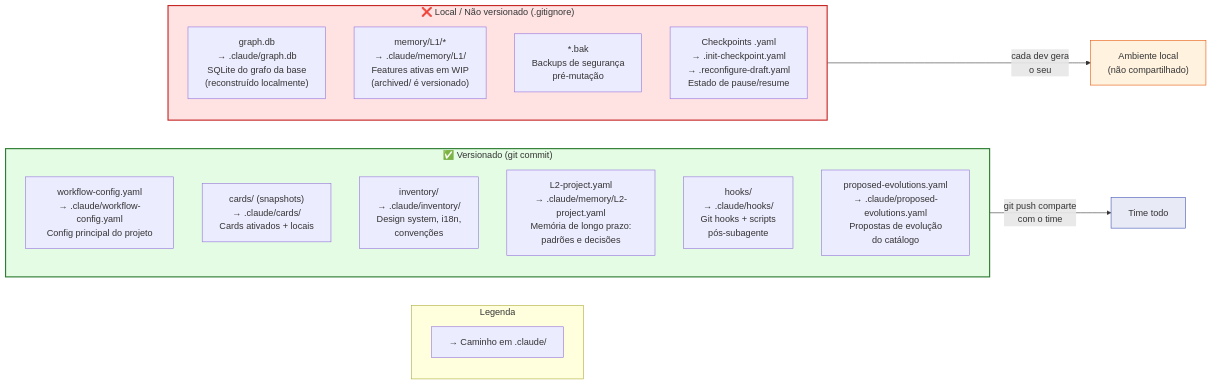
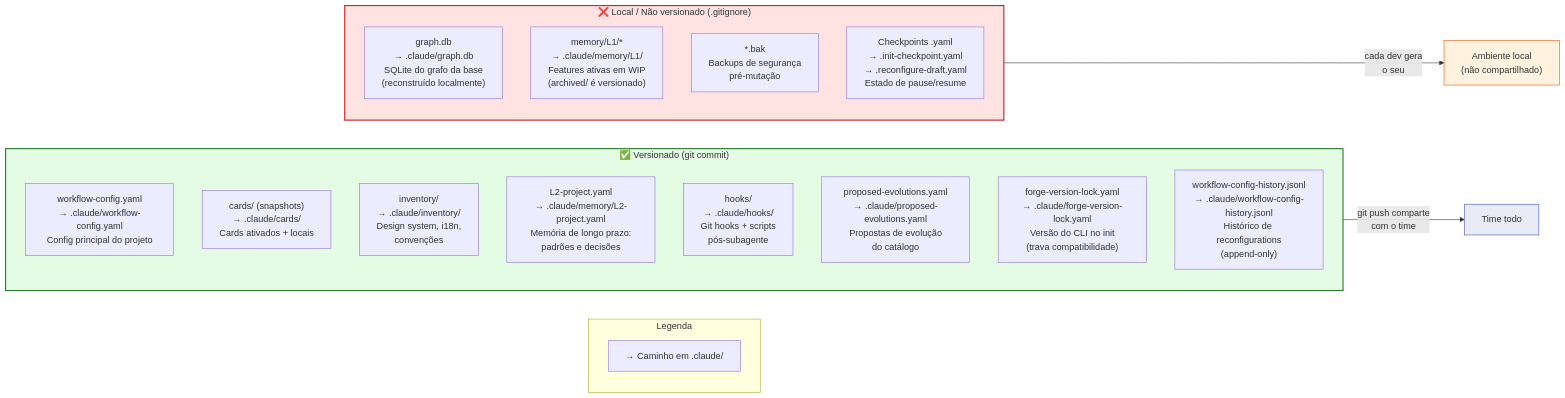
One commit to thgMatajs/feature-forge changed the diagram in docs/diagrams/files-versioned-vs-local.mermaid. Above: the diagram before and after it, drawn with Mermaid. The commit also changed 2 other files, not shown here.

Commit message:
fix(docs/diagrams): corrigir paths L2, stats doctor/verify e files faltantes
- bootstrap-flow: memory/L2-project.yaml (prefixo memory/ faltava em 2 nós)
- command-decision-tree: forge doctor 12→14 categorias; forge verify 15→20 validadores
- files-versioned-vs-local: adicionar forge-version-lock.yaml e workflow-config-history.jsonl

```diff
--- a/docs/diagrams/files-versioned-vs-local.mermaid
+++ b/docs/diagrams/files-versioned-vs-local.mermaid
@@ -1,30 +1,32 @@
 flowchart LR
     subgraph LEGACY["Legenda"]
         L_DIR["→ Caminho em .claude/"]
     end
 
     subgraph VERSIONADO["✅ Versionado (git commit)"]
         direction TB
         V1["workflow-config.yaml<br/>→ .claude/workflow-config.yaml<br/>Config principal do projeto"]
         V2["cards/ (snapshots)<br/>→ .claude/cards/<br/>Cards ativados + locais"]
         V3["inventory/<br/>→ .claude/inventory/<br/>Design system, i18n,<br/>convenções"]
         V4["L2-project.yaml<br/>→ .claude/memory/L2-project.yaml<br/>Memória de longo prazo:<br/>padrões e decisões"]
         V5["hooks/<br/>→ .claude/hooks/<br/>Git hooks + scripts<br/>pós-subagente"]
         V6["proposed-evolutions.yaml<br/>→ .claude/proposed-evolutions.yaml<br/>Propostas de evolução<br/>do catálogo"]
+        V7["forge-version-lock.yaml<br/>→ .claude/forge-version-lock.yaml<br/>Versão do CLI no init<br/>(trava compatibilidade)"]
+        V8["workflow-config-history.jsonl<br/>→ .claude/workflow-config-history.jsonl<br/>Histórico de reconfigurations<br/>(append-only)"]
     end
 
     subgraph LOCAL["❌ Local / Não versionado (.gitignore)"]
         direction TB
         L1["graph.db<br/>→ .claude/graph.db<br/>SQLite do grafo da base<br/>(reconstruído localmente)"]
         L2["memory/L1/*<br/>→ .claude/memory/L1/<br/>Features ativas em WIP<br/>(archived/ é versionado)"]
         L3["*.bak<br/>Backups de segurança<br/>pré-mutação"]
         L4["Checkpoints .yaml<br/>→ .init-checkpoint.yaml<br/>→ .reconfigure-draft.yaml<br/>Estado de pause/resume"]
     end
 
     VERSIONADO -->|"git push comparte<br/>com o time"| TIME["Time todo"]
     LOCAL -->|"cada dev gera<br/>o seu"| LOCAL_DEV["Ambiente local<br/>(não compartilhado)"]
 
     style VERSIONADO fill:#e3fce3,stroke:#2e7d32,stroke-width:2px
     style LOCAL fill:#ffe3e3,stroke:#c62828,stroke-width:2px
     style TIME fill:#e8eaf6,stroke:#3f51b5
     style LOCAL_DEV fill:#fff3e0,stroke:#e65100
```
